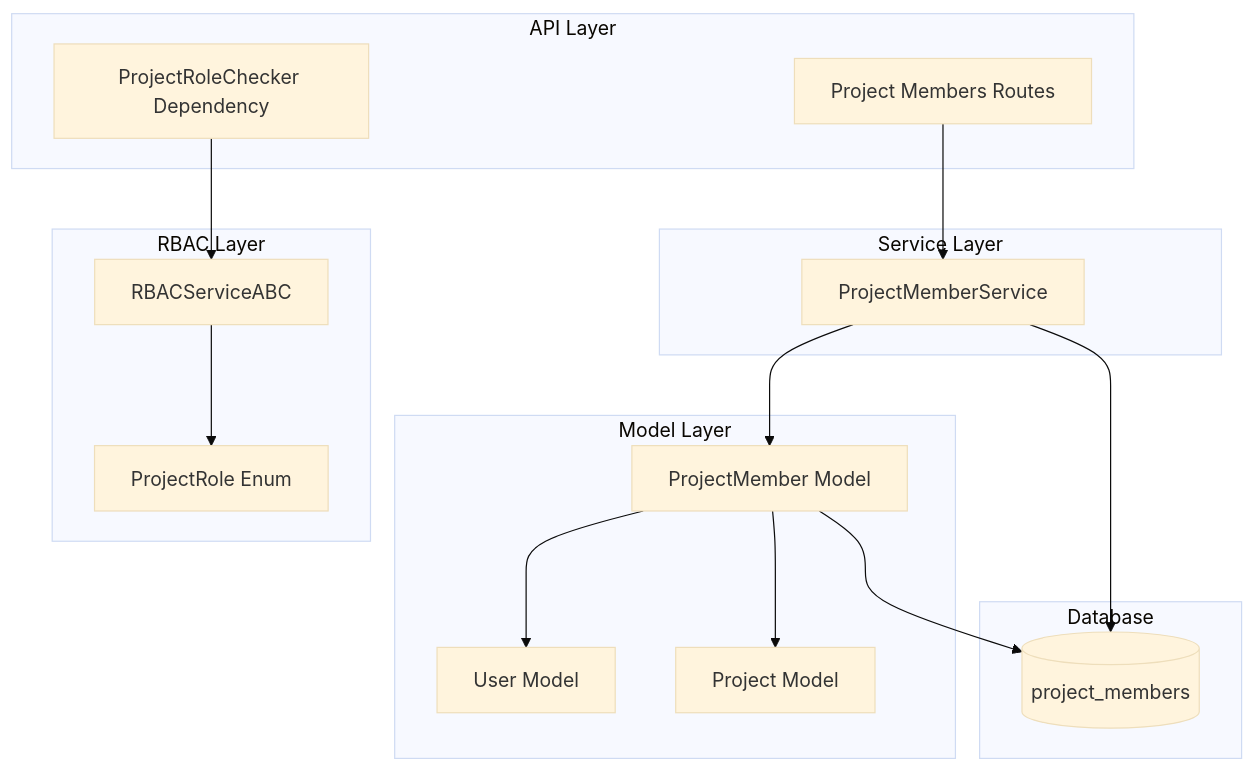
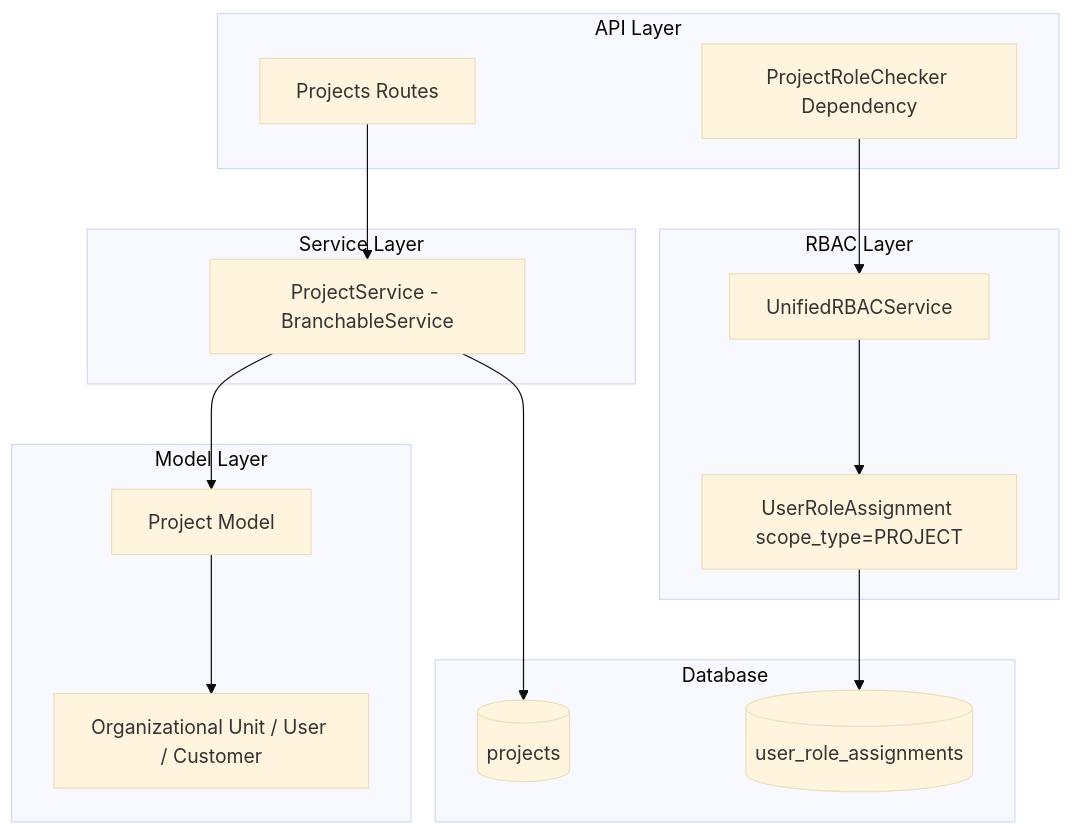
The first of 2 diagrams in docs/02-architecture/backend/contexts/project-management/architecture.md (ogghst/backcast), drawn with Mermaid (base theme) before and after one commit. The commit also changed other lines of this file and 29 other files, not shown here.

First line of the commit message:
docs: sync stale architecture docs with current code

````diff
--- a/docs/02-architecture/backend/contexts/project-management/architecture.md
+++ b/docs/02-architecture/backend/contexts/project-management/architecture.md
@@ -25,35 +26,34 @@
 ```mermaid
 graph TB
     subgraph "API Layer"
-        A[Project Members Routes]
+        A[Projects Routes]
         B[ProjectRoleChecker Dependency]
     end
 
     subgraph "Service Layer"
-        C[ProjectMemberService]
+        C[ProjectService - BranchableService]
     end
 
     subgraph "Model Layer"
-        D[ProjectMember Model]
-        E[User Model]
-        F[Project Model]
+        D[Project Model]
+        E[Organizational Unit / User / Customer]
     end
 
     subgraph "RBAC Layer"
-        G[RBACServiceABC]
-        H[ProjectRole Enum]
+        F[UnifiedRBACService]
+        G[UserRoleAssignment scope_type=PROJECT]
     end
 
     subgraph "Database"
-        I[(project_members)]
+        I[(projects)]
+        J[(user_role_assignments)]
     end
 
     A --> C
-    B --> G
+    B --> F
     C --> D
     D --> E
-    D --> F
-    D --> I
-    G --> H
+    F --> G
+    G --> J
     C --> I
 ```
````
